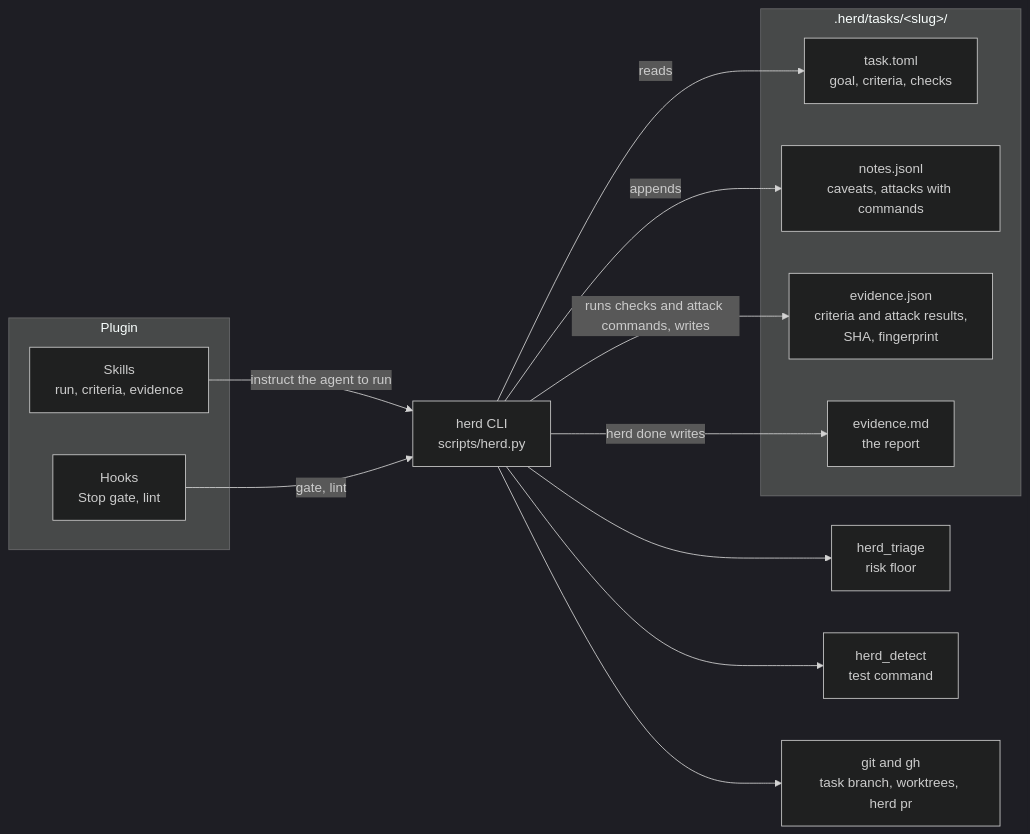
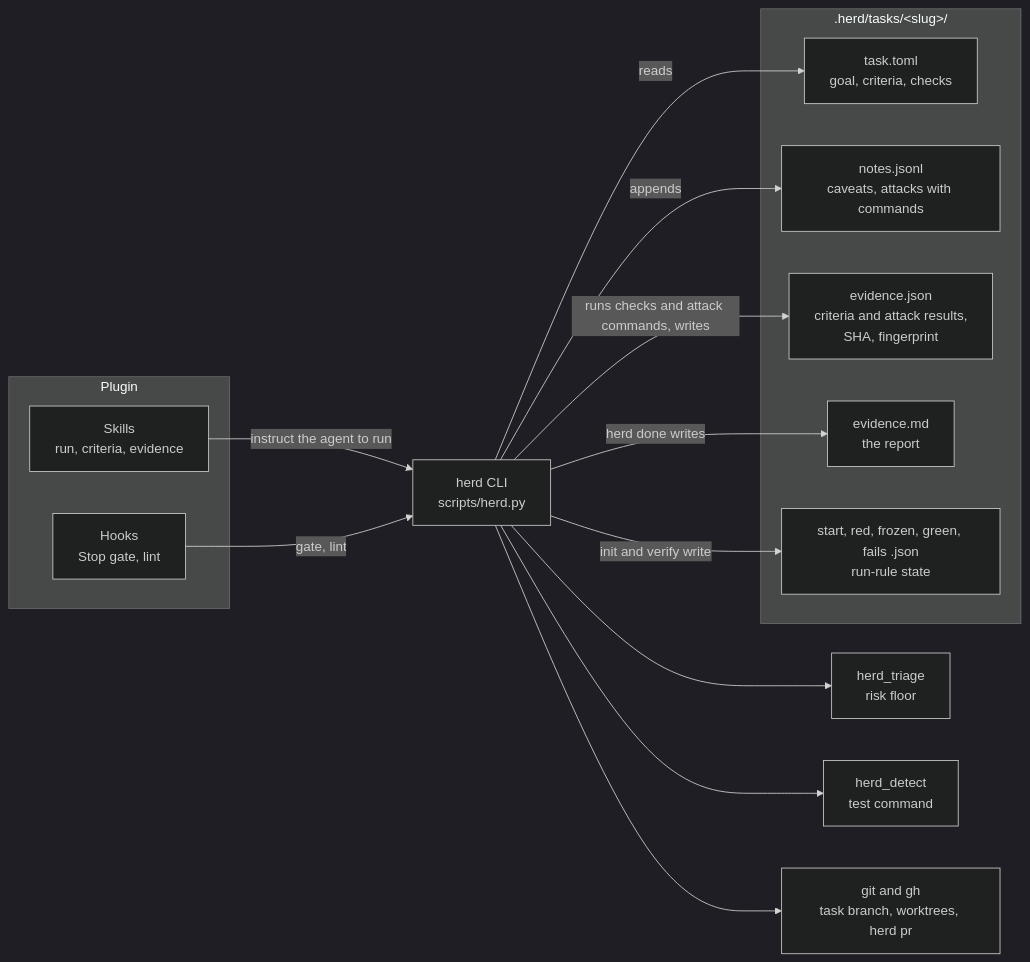
Before and after one commit to Beovulfo/herd-sdlc: the second of 2 diagrams in README.md, drawn with Mermaid (dark theme). The commit also changed other lines of this file and 9 other files, not shown here.

Commit message:
Herd 0.4.0: seven run-skill rules enforced by the CLI (#13)

````diff
--- a/README.md
+++ b/README.md
@@ -139,26 +139,28 @@
 ```mermaid
 flowchart LR
     subgraph Plugin
         S["Skills<br/>run, criteria, evidence"]
         H["Hooks<br/>Stop gate, lint"]
     end
     CLI["herd CLI<br/>scripts/herd.py"]
     T["herd_triage<br/>risk floor"]
     D["herd_detect<br/>test command"]
     G["git and gh<br/>task branch, worktrees, herd pr"]
     subgraph State[".herd/tasks/&lt;slug&gt;/"]
         TT["task.toml<br/>goal, criteria, checks"]
         NO["notes.jsonl<br/>caveats, attacks with commands"]
         EV["evidence.json<br/>criteria and attack results,<br/>SHA, fingerprint"]
         RP["evidence.md<br/>the report"]
+        RR["start, red, frozen, green, fails .json<br/>run-rule state"]
     end
     S -->|instruct the agent to run| CLI
     H -->|gate, lint| CLI
     CLI --> T
     CLI --> D
     CLI --> G
     CLI -->|reads| TT
     CLI -->|appends| NO
     CLI -->|runs checks and attack commands, writes| EV
     CLI -->|herd done writes| RP
+    CLI -->|init and verify write| RR
 ```
````
